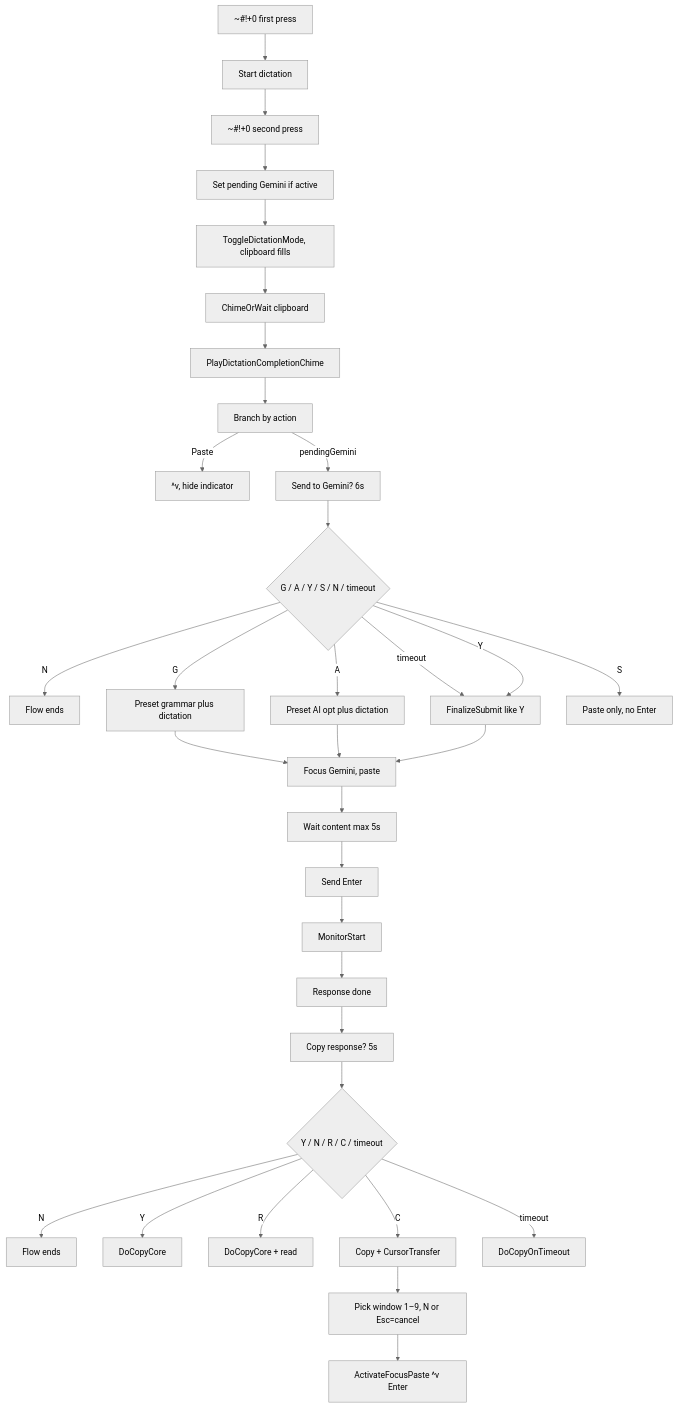
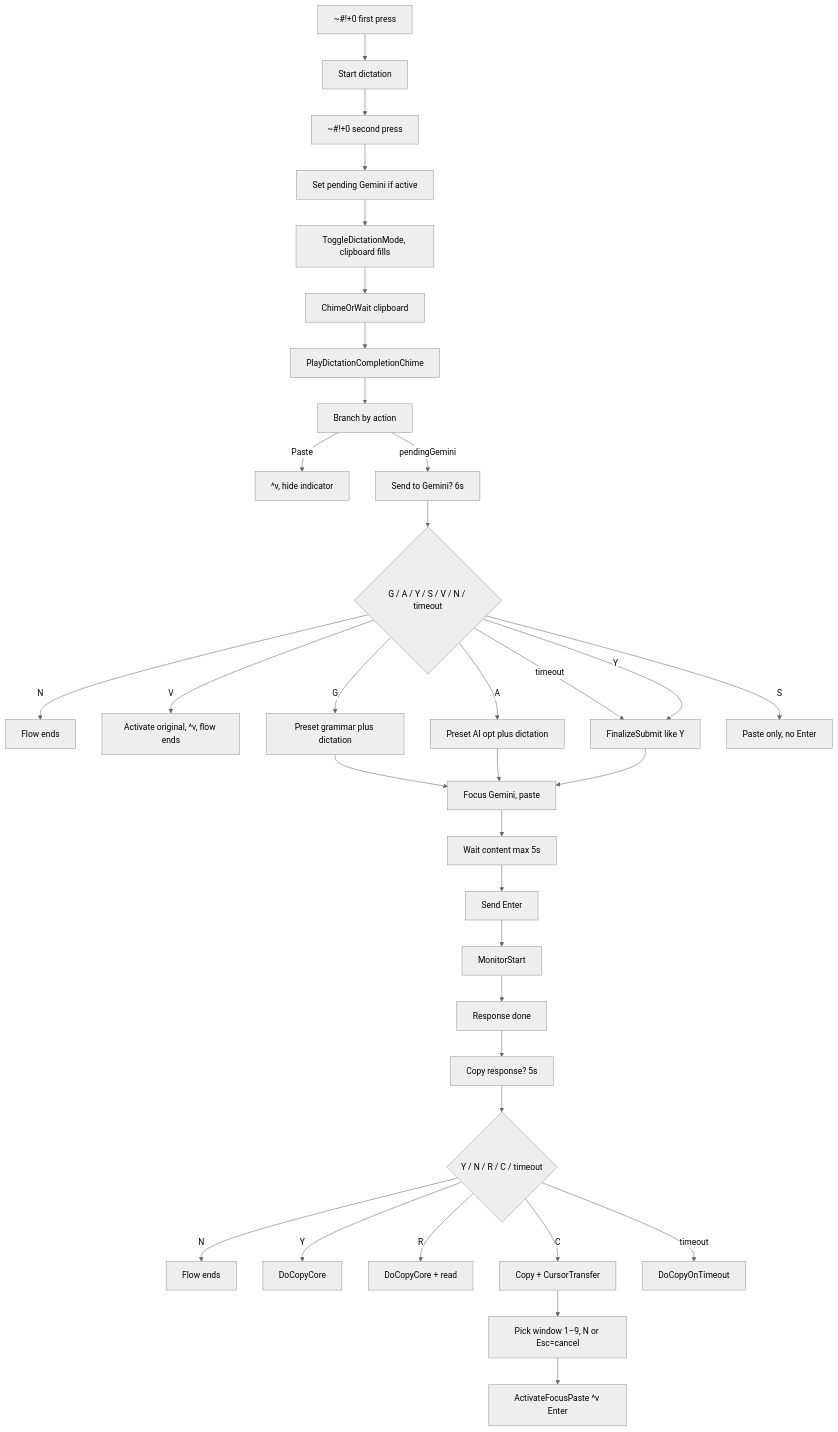
The first of 2 diagrams in docs/dictation-to-gemini-cursor-flow.md (duducm2/scripts), drawn with Mermaid (neutral theme) before and after one commit. The commit also changed other lines of this file and 1 other file, not shown here.

First line of the commit message:
Enhance hotstring functionality and add new paste option in Utils.ahk

````diff
--- a/docs/dictation-to-gemini-cursor-flow.md
+++ b/docs/dictation-to-gemini-cursor-flow.md
@@ -19,37 +19,38 @@
 ```mermaid
 flowchart TB
     H0["~#!+0 first press"]
     H0 --> StartDict["Start dictation"]
     StartDict --> H0Stop["~#!+0 second press"]
     H0Stop --> SetPending["Set pending Gemini if active"]
     SetPending --> ToggleMode["ToggleDictationMode, clipboard fills"]
     ToggleMode --> WaitClip["ChimeOrWait clipboard"]
     WaitClip --> PlayChime["PlayDictationCompletionChime"]
     PlayChime --> Branch["Branch by action"]
     Branch --> |"Paste"| PasteOnly["^v, hide indicator"]
     Branch --> |"pendingGemini"| ShowAndWait["Send to Gemini? 6s"]
-    ShowAndWait --> User6s{"G / A / Y / S / N / timeout"}
+    ShowAndWait --> User6s{"G / A / Y / S / V / N / timeout"}
     User6s --> |"N"| Stop6s["Flow ends"]
+    User6s --> |"V"| PasteOrig["Activate original, ^v, flow ends"]
     User6s --> |"timeout"| Finalize["FinalizeSubmit like Y"]
     User6s --> |"Y"| Finalize
     User6s --> |"G"| FinalizePreset["Preset grammar plus dictation"]
     User6s --> |"A"| FinalizeAiopt["Preset AI opt plus dictation"]
     FinalizePreset --> PasteGemini
     FinalizeAiopt --> PasteGemini
     User6s --> |"S"| PasteOnly6s["Paste only, no Enter"]
     Finalize --> PasteGemini["Focus Gemini, paste"]
     PasteGemini --> WaitContent["Wait content max 5s"]
     WaitContent --> SendEnter["Send Enter"]
     SendEnter --> StartMonitor["MonitorStart"]
     StartMonitor --> ResponseDone["Response done"]
     ResponseDone --> BannerCopy["Copy response? 5s"]
     BannerCopy --> UserCopy{"Y / N / R / C / timeout"}
     UserCopy --> |"N"| StopCopy["Flow ends"]
     UserCopy --> |"Y"| DoCopyOnly["DoCopyCore"]
     UserCopy --> |"R"| DoCopyRead["DoCopyCore + read"]
     UserCopy --> |"C"| DoTransfer["Copy + CursorTransfer"]
     UserCopy --> |"timeout"| DoCopyTimeout["DoCopyOnTimeout"]
 
     DoTransfer --> SelectWin["Pick window 1–9, N or Esc=cancel"]
     SelectWin --> ActivatePaste["ActivateFocusPaste ^v Enter"]
 ```
````
